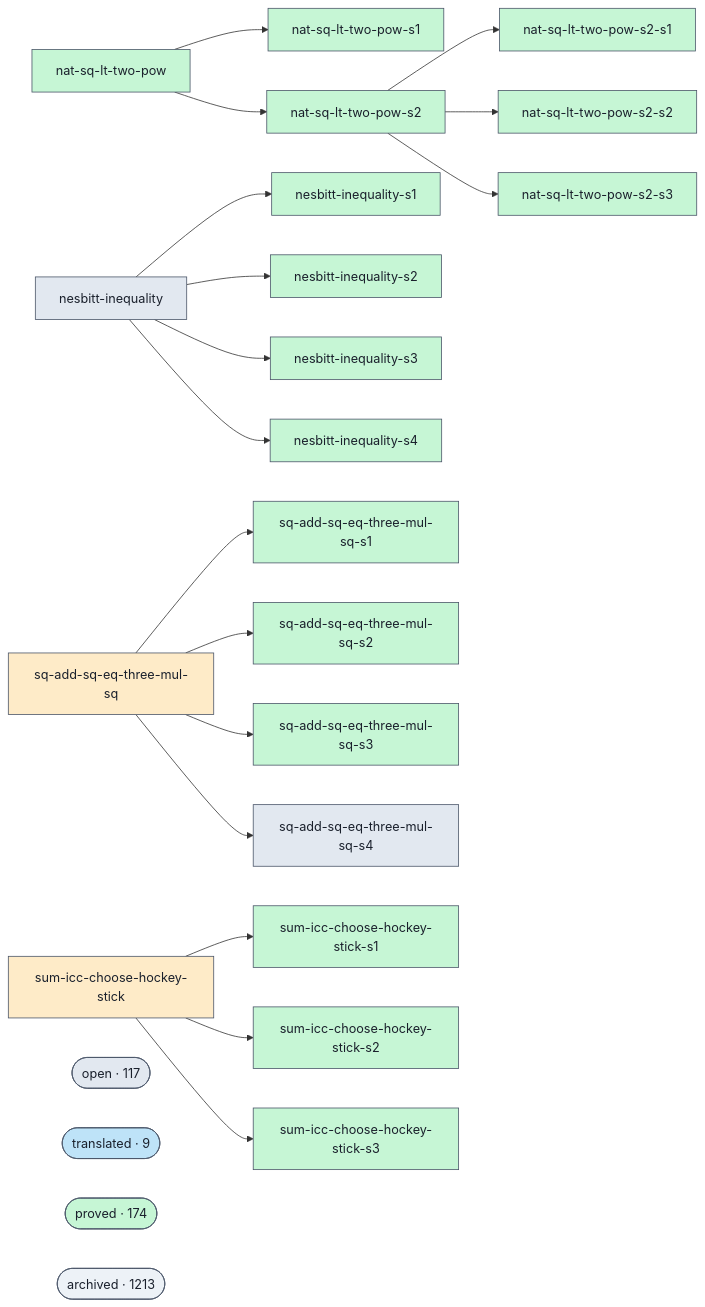
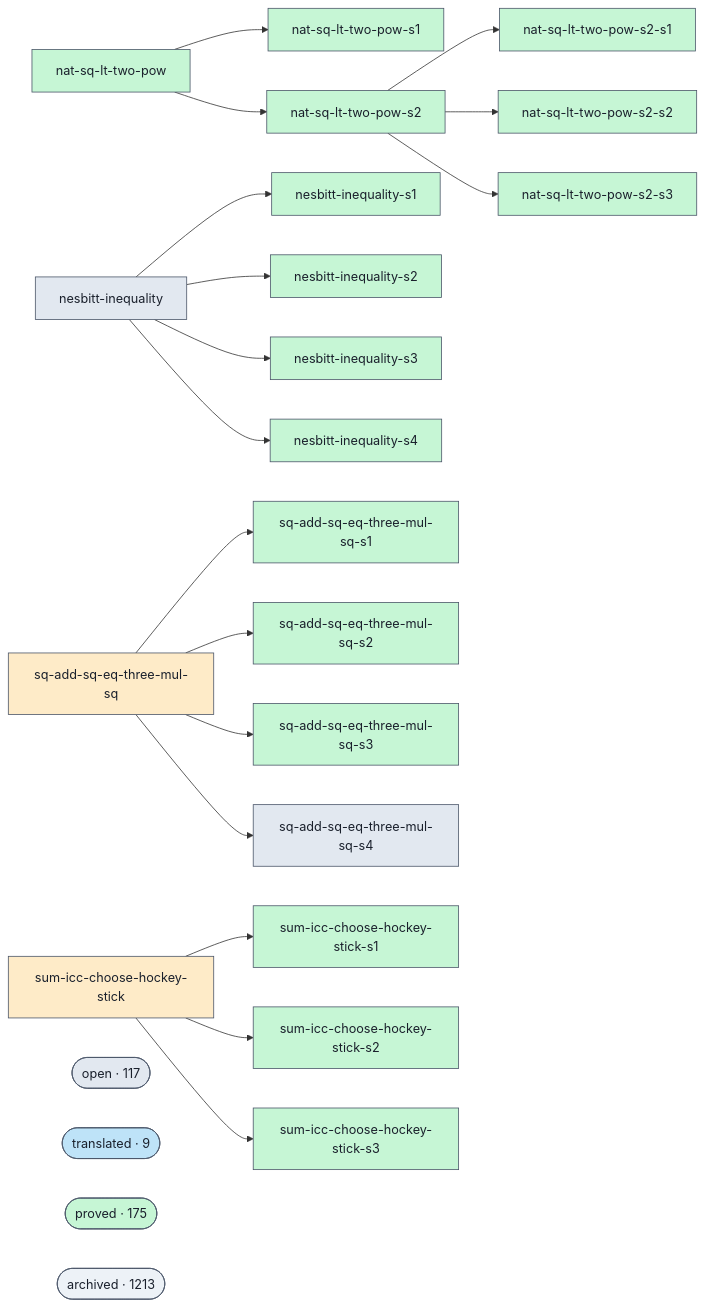
Before and after one commit to Rauxon/unsorry: the diagram in docs/proofs-contributors-visualisation.md, drawn with Mermaid. The commit also changed other lines of this file and 2 other files, not shown here.

```diff
--- a/docs/proofs-contributors-visualisation.md
+++ b/docs/proofs-contributors-visualisation.md
@@ -102,7 +102,7 @@
   class cluster_open open;
   cluster_translated(["translated · 9"])
   class cluster_translated translated;
-  cluster_proved(["proved · 174"])
+  cluster_proved(["proved · 175"])
   class cluster_proved proved;
   cluster_archived(["archived · 1213"])
   class cluster_archived unknown;
```
